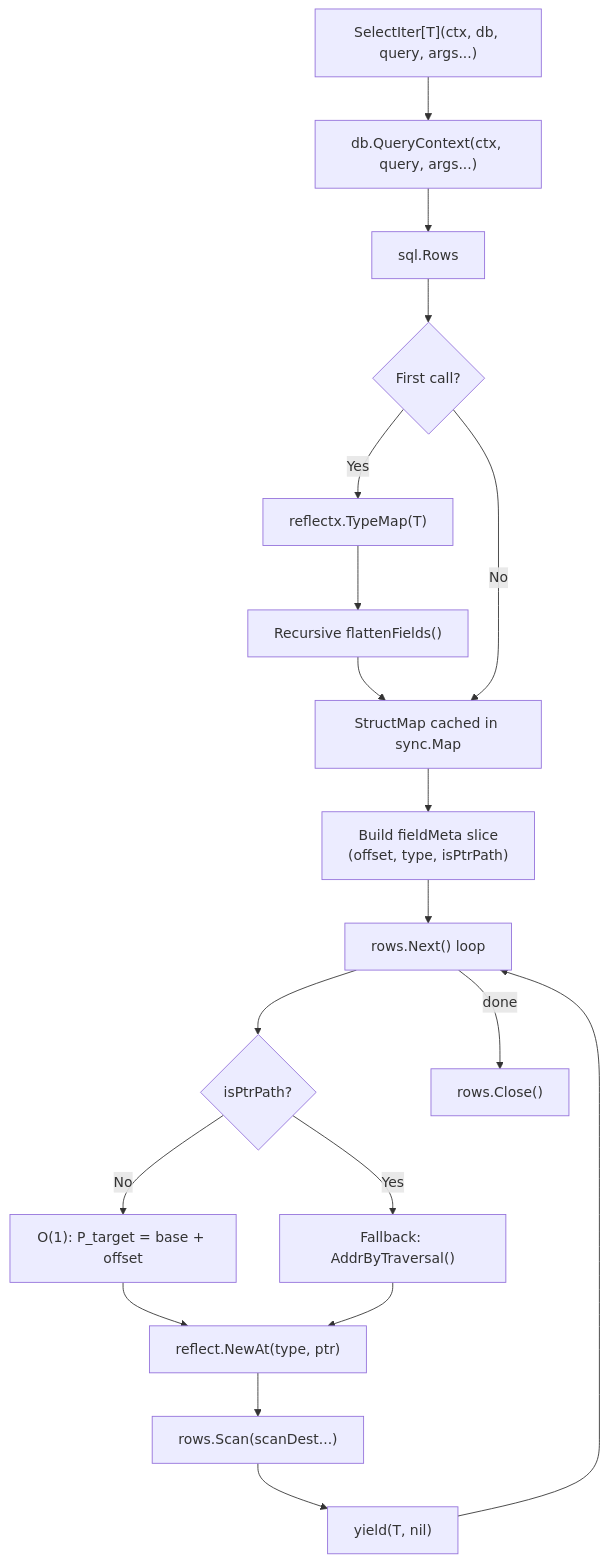
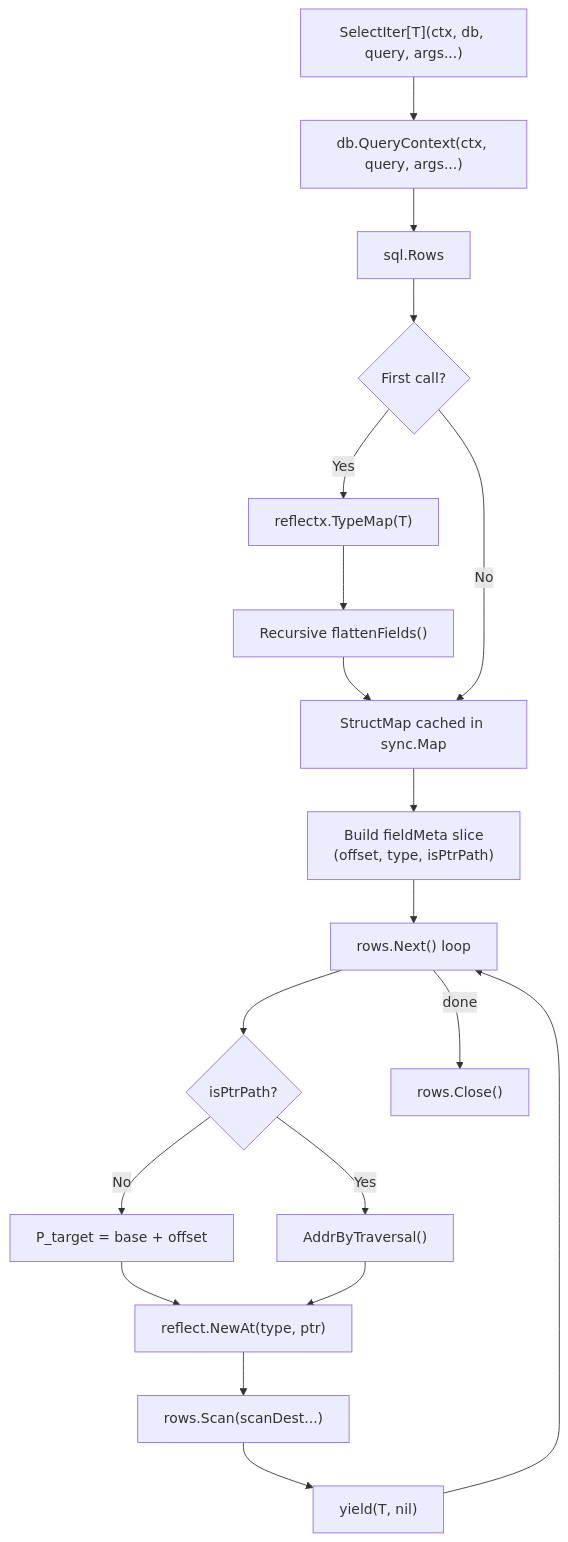
One commit to rpadovani/sqlx-v2 changed the diagram in ARCHITECTURE.md. Above: the diagram before and after it, drawn with Mermaid. The commit also changed other lines of this file and 1 other file, not shown here.

Commit message:
docs: rewrite readme and architecture (#12)

````diff
--- a/ARCHITECTURE.md
+++ b/ARCHITECTURE.md
@@ -26,21 +26,21 @@
 ```mermaid
 flowchart TD
     A["SelectIter[T](ctx, db, query, args...)"] --> B["db.QueryContext(ctx, query, args...)"]
     B --> C["sql.Rows"]
     C --> D{"First call?"}
     D -- Yes --> E["reflectx.TypeMap(T)"]
     E --> F["Recursive flattenFields()"]
     F --> G["StructMap cached in sync.Map"]
     D -- No --> G
     G --> H["Build fieldMeta slice<br/>(offset, type, isPtrPath)"]
     H --> I["rows.Next() loop"]
     I --> J{"isPtrPath?"}
-    J -- No --> K["O(1): P_target = base + offset"]
-    J -- Yes --> L["Fallback: AddrByTraversal()"]
+    J -- No --> K["P_target = base + offset"]
+    J -- Yes --> L["AddrByTraversal()"]
     K --> M["reflect.NewAt(type, ptr)"]
     L --> M
     M --> N["rows.Scan(scanDest...)"]
     N --> O["yield(T, nil)"]
     O --> I
     I -- done --> P["rows.Close()"]
 ```
````
